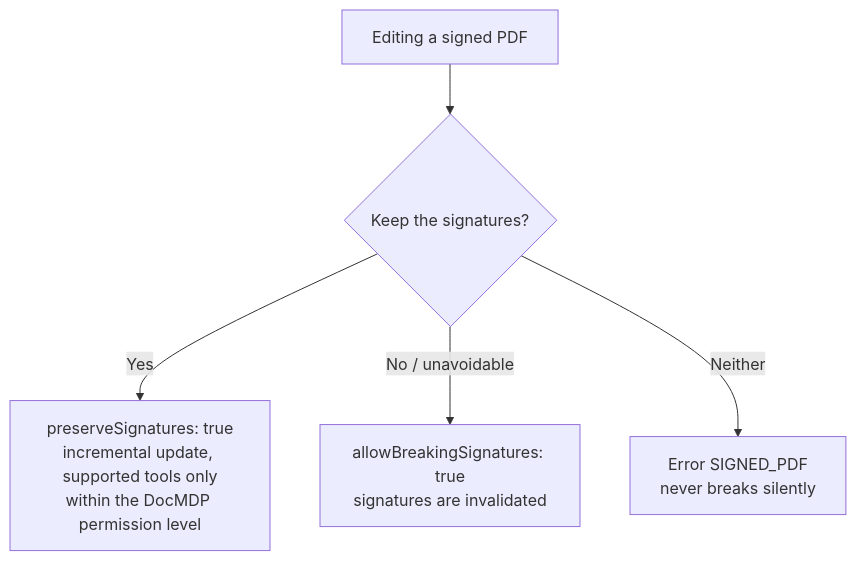
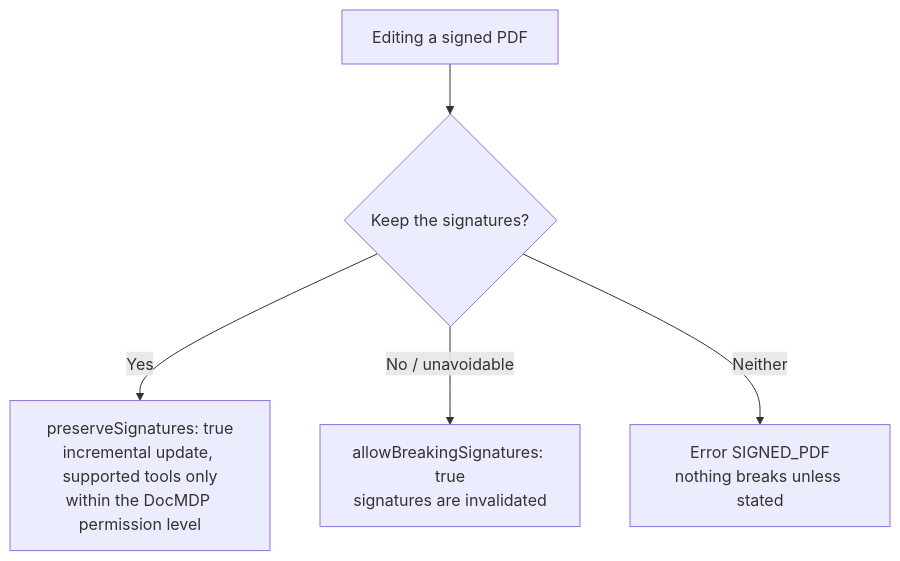
One commit to shuji-bonji/pdf-agent-stack changed the second of 2 diagrams in site/docs/mcp/pdf-writer.md. Above: the diagram before and after it, drawn with Mermaid. The commit also changed other lines of this file and 10 other files, not shown here.

````diff
--- a/site/docs/mcp/pdf-writer.md
+++ b/site/docs/mcp/pdf-writer.md
@@ -90,7 +96,7 @@
 ```mermaid
 graph TD
   A[Editing a signed PDF] --> B{Keep the signatures?}
   B -->|Yes| C[preserveSignatures: true<br>incremental update, supported tools only<br>within the DocMDP permission level]
   B -->|No / unavoidable| D[allowBreakingSignatures: true<br>signatures are invalidated]
-  B -->|Neither| E[Error SIGNED_PDF<br>never breaks silently]
+  B -->|Neither| E[Error SIGNED_PDF<br>nothing breaks unless stated]
 ```
````
